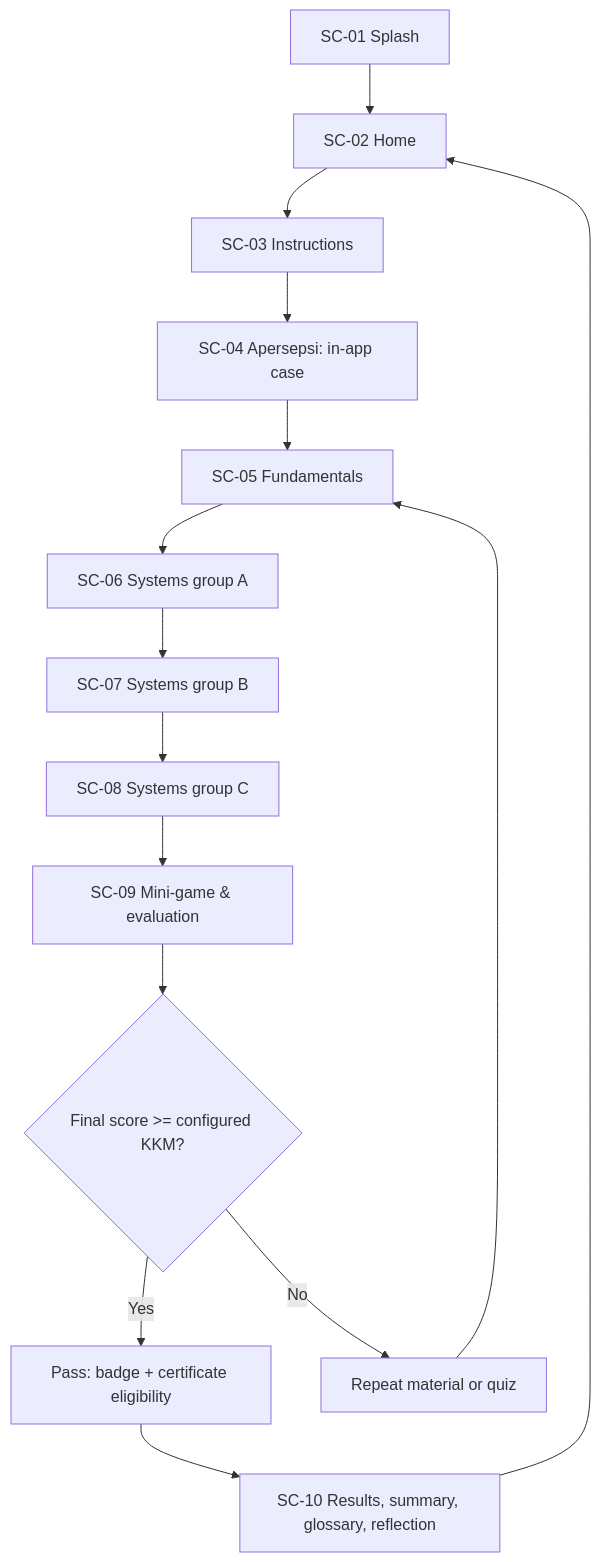
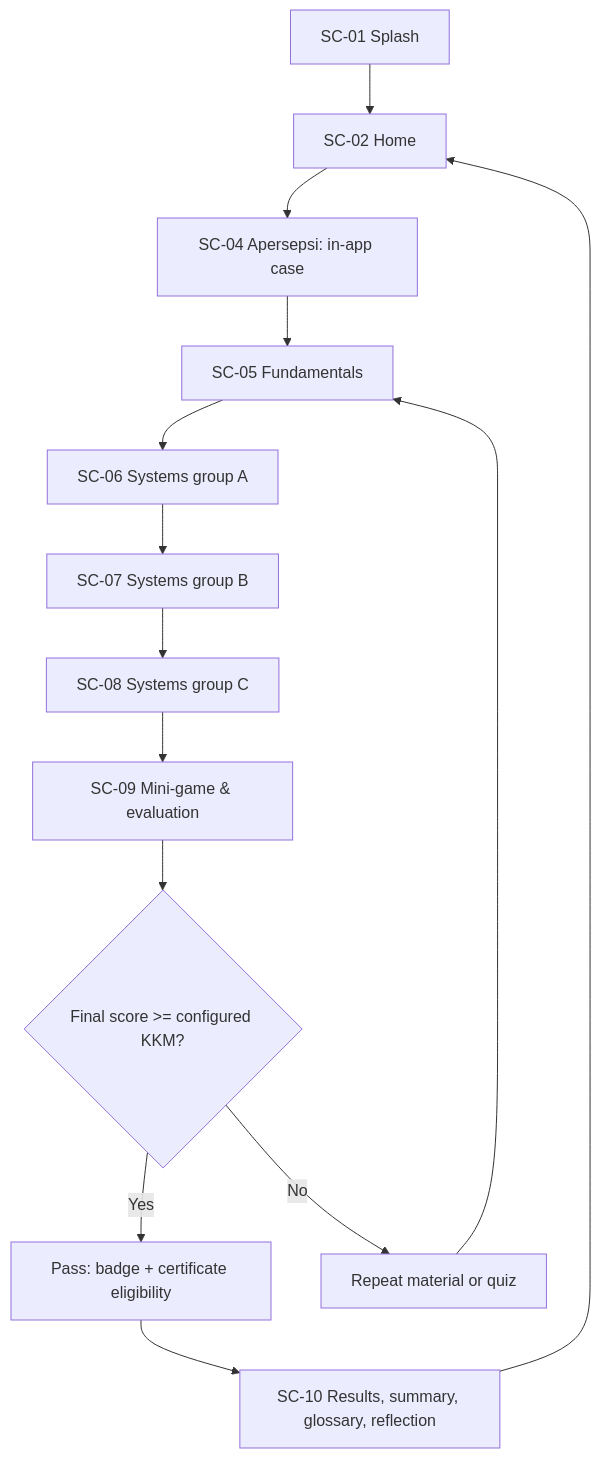
One commit to dendik-creation/anatoquest changed the diagram in docs/design/08-scene-flow.md. Above: the diagram before and after it, drawn with Mermaid. The commit also changed other lines of this file and 105 other files, not shown here.

````diff
--- a/docs/design/08-scene-flow.md
+++ b/docs/design/08-scene-flow.md
@@ -5,17 +5,16 @@
 ```mermaid
 flowchart TD
   A[SC-01 Splash] --> B[SC-02 Home]
-  B --> C[SC-03 Instructions]
-  C --> D[SC-04 Apersepsi: in-app case]
+  B --> D[SC-04 Apersepsi: in-app case]
   D --> E[SC-05 Fundamentals]
   E --> F[SC-06 Systems group A]
   F --> G[SC-07 Systems group B]
   G --> H[SC-08 Systems group C]
   H --> I[SC-09 Mini-game & evaluation]
   I --> J{Final score >= configured KKM?}
   J -->|Yes| K[Pass: badge + certificate eligibility]
   J -->|No| L[Repeat material or quiz]
   K --> M[SC-10 Results, summary, glossary, reflection]
   L --> E
   M --> B
 ```
````
